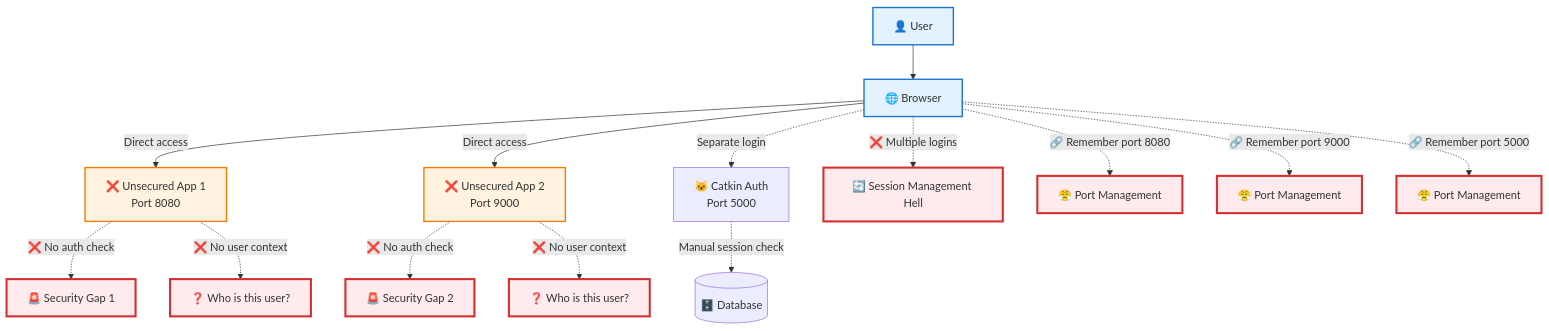
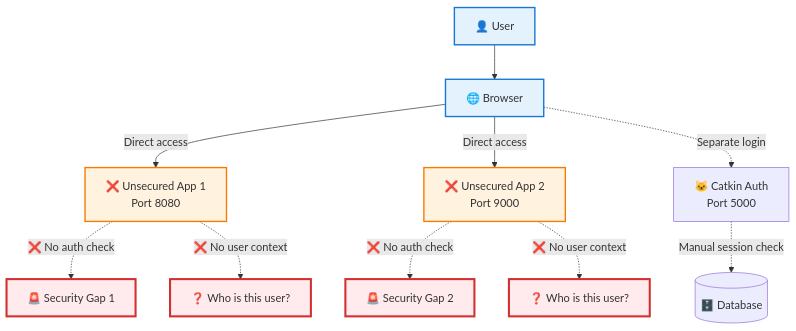
One commit to agritheory/catkin changed the fifth of 7 diagrams in caddy/docs/ARCHITECTURE.md. Above: the diagram before and after it, drawn with Mermaid. The commit also changed other lines of this file and 8 other files, not shown here.

````diff
--- a/caddy/docs/ARCHITECTURE.md
+++ b/caddy/docs/ARCHITECTURE.md
@@ -210,32 +213,25 @@
 ```mermaid
 graph TB
     %% Direct access problems
     User[👤 User] --> Browser[🌐 Browser]
     Browser -->|Direct access| UnsecuredApp1[❌ Unsecured App 1<br/>Port 8080]
     Browser -->|Direct access| UnsecuredApp2[❌ Unsecured App 2<br/>Port 9000]
 
     %% Authentication exists but isolated
     Browser -.->|Separate login| CatkinAuth[🐱 Catkin Auth<br/>Port 5000]
     CatkinAuth -.->|Manual session check| Database[(🗄️ Database)]
 
     %% Problems highlighted
     UnsecuredApp1 -.->|❌ No auth check| Security1[🚨 Security Gap 1]
     UnsecuredApp2 -.->|❌ No auth check| Security2[🚨 Security Gap 2]
-
-    Browser -.->|❌ Multiple logins| LoginProblem[🔄 Session Management Hell]
     UnsecuredApp1 -.->|❌ No user context| Context1[❓ Who is this user?]
     UnsecuredApp2 -.->|❌ No user context| Context2[❓ Who is this user?]
-
-    %% Port management nightmare
-    Browser -.->|🔗 Remember port 8080| PortProblem1[😤 Port Management]
-    Browser -.->|🔗 Remember port 9000| PortProblem2[😤 Port Management]
-    Browser -.->|🔗 Remember port 5000| PortProblem3[😤 Port Management]
 
     classDef problemStyle fill:#ffebee,stroke:#d32f2f,stroke-width:3px
     classDef unsecuredStyle fill:#fff3e0,stroke:#f57c00,stroke-width:2px
     classDef userStyle fill:#e3f2fd,stroke:#1976d2,stroke-width:2px
 
     class Security1,Security2,LoginProblem,Context1,Context2,PortProblem1,PortProblem2,PortProblem3 problemStyle
     class UnsecuredApp1,UnsecuredApp2 unsecuredStyle
     class User,Browser userStyle
 ```
````
